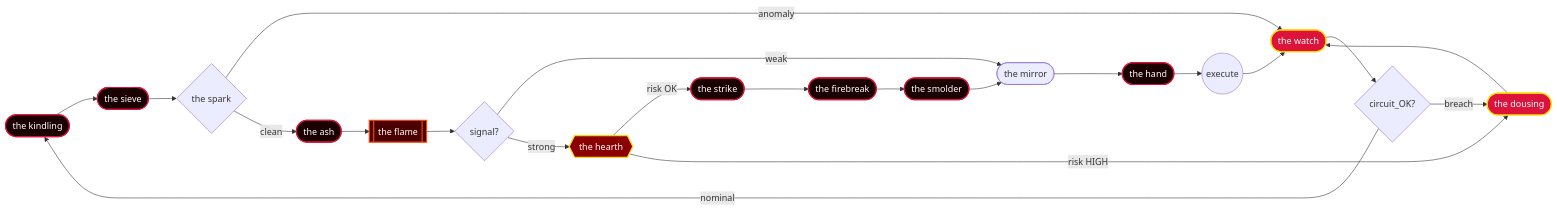
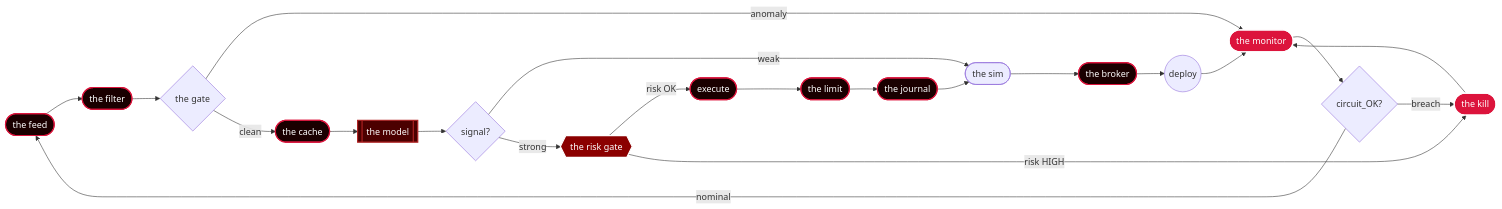
Before and after one commit to PradyXiii/PradyXiii: the diagram in README.md, drawn with Mermaid. The commit also changed other lines of this file and 3 other files, not shown here.

````diff
--- a/README.md
+++ b/README.md
@@ -87,33 +86,33 @@
 ```mermaid
 graph LR
-    A(["the kindling"]) --> B(["the sieve"])
-    B --> C{"the spark"}
-    C -->|anomaly| D(["the watch"])
-    C -->|clean| E(["the ash"])
-    E --> F[[the flame]]
+    A(["the feed"]) --> B(["the filter"])
+    B --> C{"the gate"}
+    C -->|anomaly| D(["the monitor"])
+    C -->|clean| E(["the cache"])
+    E --> F[[the model]]
     F --> G{signal?}
-    G -->|weak| H(["the mirror"])
-    G -->|strong| I{{the hearth}}
-    I -->|risk OK| J(["the strike"])
-    I -->|risk HIGH| K(["the dousing"])
+    G -->|weak| H(["the sim"])
+    G -->|strong| I{{the risk gate}}
+    I -->|risk OK| J(["execute"])
+    I -->|risk HIGH| K(["the kill"])
     K --> D
-    J --> L(["the firebreak"])
-    L --> M(["the smolder"])
+    J --> L(["the limit"])
+    L --> M(["the journal"])
     M --> H
-    H --> N(["the hand"])
-    N --> O((execute))
+    H --> N(["the broker"])
+    N --> O((deploy))
     O --> D
     D --> P{circuit_OK?}
     P -->|breach| K
     P -->|nominal| A
 
-    classDef mystical fill:#1a0000,stroke:#DC143C,stroke-width:2px,color:#fff
-    classDef brain fill:#4b0000,stroke:#FF4500,stroke-width:2px,color:#fff
-    classDef gate fill:#8B0000,stroke:#FFD700,stroke-width:2px,color:#fff
-    classDef alert fill:#DC143C,stroke:#FFD700,stroke-width:2px,color:#fff
+    classDef base fill:#1a0000,stroke:#DC143C,stroke-width:2px,color:#fff
+    classDef brain fill:#4b0000,stroke:#B22222,stroke-width:2px,color:#fff
+    classDef gate fill:#8B0000,stroke:#FFFFFF,stroke-width:2px,color:#fff
+    classDef alert fill:#DC143C,stroke:#FFFFFF,stroke-width:2px,color:#fff
 
-    class A,B,E,J,L,M,N mystical
+    class A,B,E,J,L,M,N base
     class F brain
     class I gate
     class K,D alert
 ```
````
